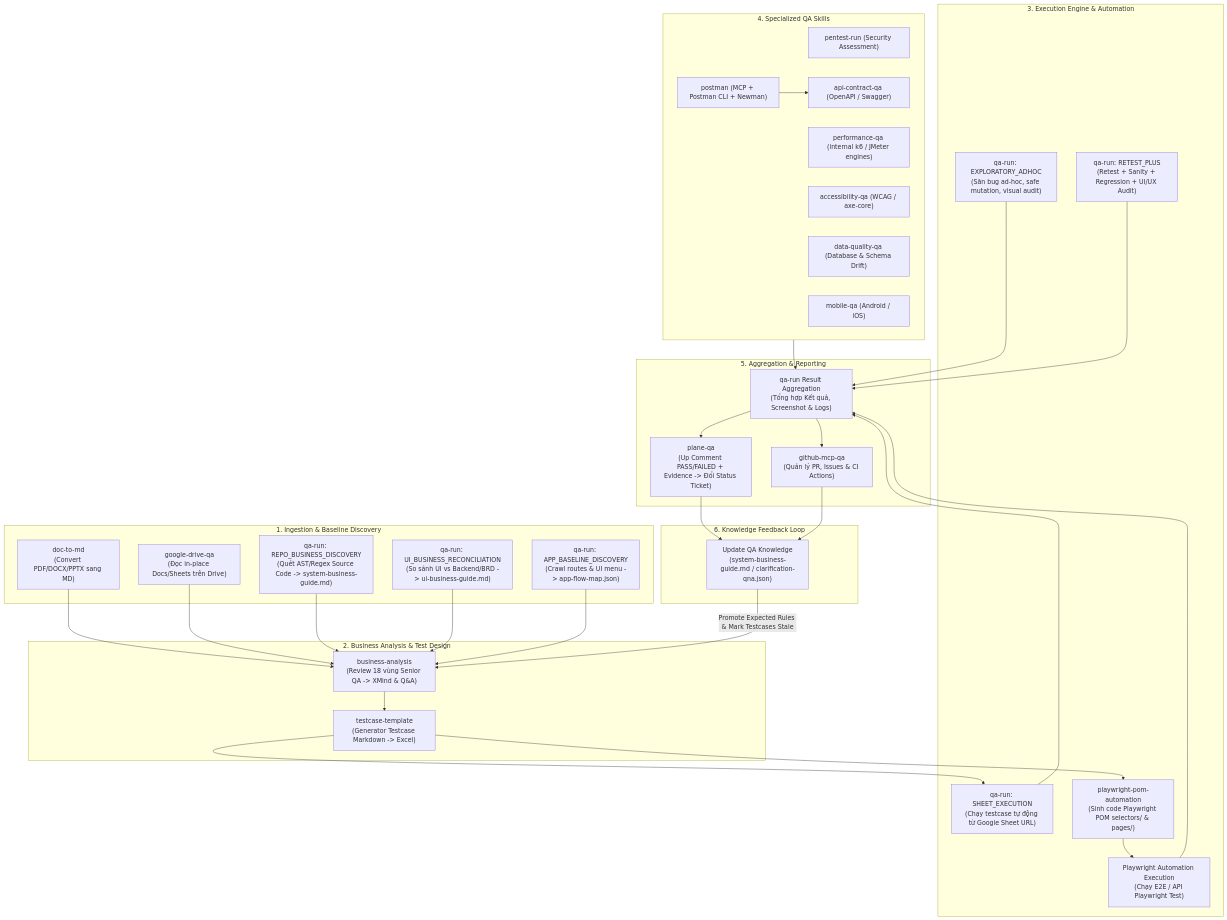
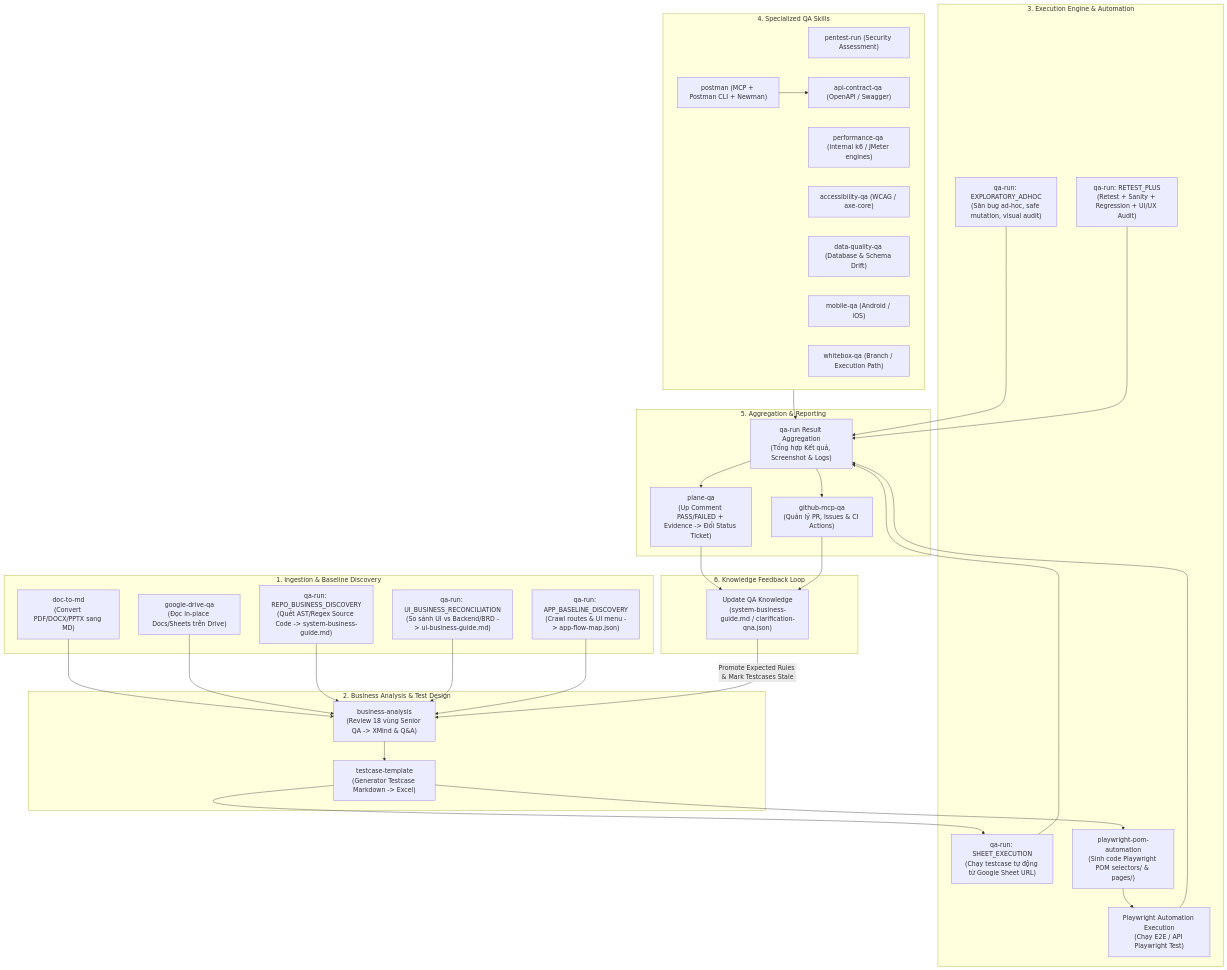
Before and after one commit to tqphong02/QA-skill: the first of 3 diagrams in SKILL_FLOW_MAPPING.md, drawn with Mermaid. The commit also changed other lines of this file and 87 other files, not shown here.

````diff
--- a/SKILL_FLOW_MAPPING.md
+++ b/SKILL_FLOW_MAPPING.md
@@ -18,65 +18,66 @@
 ```mermaid
 flowchart TD
     %% 1. Ingestion & Discovery
     subgraph S1["1. Ingestion & Baseline Discovery"]
         DOC["doc-to-md\n(Convert PDF/DOCX/PPTX sang MD)"]
         DRIVE["google-drive-qa\n(Đọc in-place Docs/Sheets trên Drive)"]
         RBD["qa-run: REPO_BUSINESS_DISCOVERY\n(Quét AST/Regex Source Code -> system-business-guide.md)"]
         UBR["qa-run: UI_BUSINESS_RECONCILIATION\n(So sánh UI vs Backend/BRD -> ui-business-guide.md)"]
         ABD["qa-run: APP_BASELINE_DISCOVERY\n(Crawl routes & UI menu -> app-flow-map.json)"]
     end
 
     %% 2. Business Analysis & Test Design
     subgraph S2["2. Business Analysis & Test Design"]
         BA["business-analysis\n(Review 18 vùng Senior QA -> XMind & Q&A)"]
         TCT["testcase-template\n(Generator Testcase Markdown -> Excel)"]
     end
 
     %% 3. Execution & Automation Engine
     subgraph S3["3. Execution Engine & Automation"]
         EX_SHEET["qa-run: SHEET_EXECUTION\n(Chạy testcase tự động từ Google Sheet URL)"]
         EX_EXPLORATORY["qa-run: EXPLORATORY_ADHOC\n(Săn bug ad-hoc, safe mutation, visual audit)"]
         EX_RETEST["qa-run: RETEST_PLUS\n(Retest + Sanity + Regression + UI/UX Audit)"]
         POM_GEN["playwright-pom-automation\n(Sinh code Playwright POM selectors/ & pages/)"]
         POM_EXEC["Playwright Automation Execution\n(Chạy E2E / API Playwright Test)"]
     end
 
     %% 4. Specialized Testing
     subgraph S4["4. Specialized QA Skills"]
         SEC["pentest-run (Security Assessment)"]
         PERF["performance-qa (internal k6 / JMeter engines)"]
         POSTMAN["postman (MCP + Postman CLI + Newman)"]
         API["api-contract-qa (OpenAPI / Swagger)"]
         ACC["accessibility-qa (WCAG / axe-core)"]
         DBQ["data-quality-qa (Database & Schema Drift)"]
         MOB["mobile-qa (Android / iOS)"]
+        WB["whitebox-qa (Branch / Execution Path)"]
     end
 
     %% 5. Reporting & Exporters
     subgraph S5["5. Aggregation & Reporting"]
         AGG["qa-run Result Aggregation\n(Tổng hợp Kết quả, Screenshot & Logs)"]
         PLANE["plane-qa\n(Up Comment PASS/FAILED + Evidence -> Đổi Status Ticket)"]
         GH["github-mcp-qa\n(Quản lý PR, Issues & CI Actions)"]
     end
 
     %% 6. Feedback Loop
     subgraph S6["6. Knowledge Feedback Loop"]
         FB["Update QA Knowledge\n(system-business-guide.md / clarification-qna.json)"]
     end
 
     %% Data Connections
     DOC & DRIVE & RBD & UBR & ABD --> BA
     BA --> TCT
     TCT --> EX_SHEET
     TCT --> POM_GEN
     POM_GEN --> POM_EXEC
     POSTMAN --> API
     
     EX_SHEET & EX_EXPLORATORY & EX_RETEST & POM_EXEC & S4 --> AGG
     
     AGG --> PLANE
     AGG --> GH
     
     PLANE & GH --> FB
     FB -->|Promote Expected Rules & Mark Testcases Stale| BA
 ```
````
